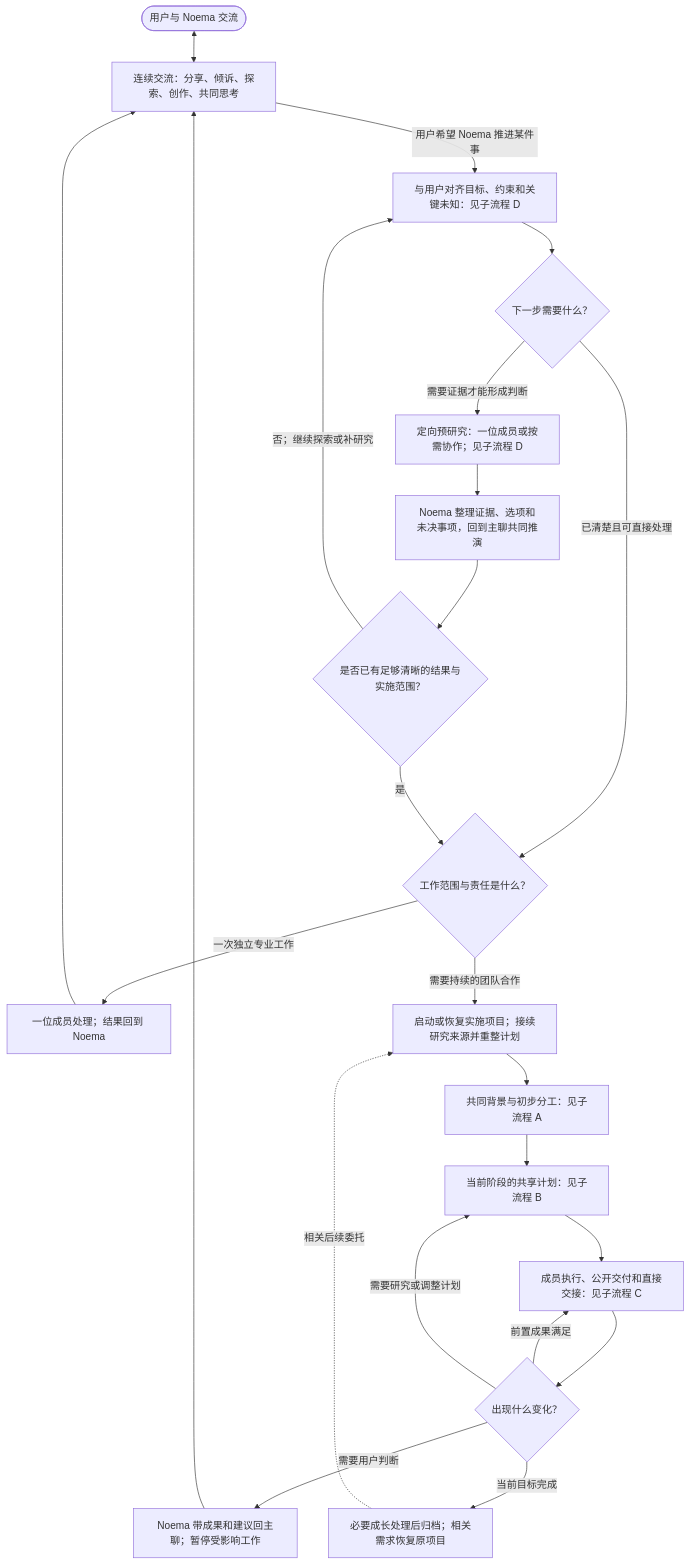
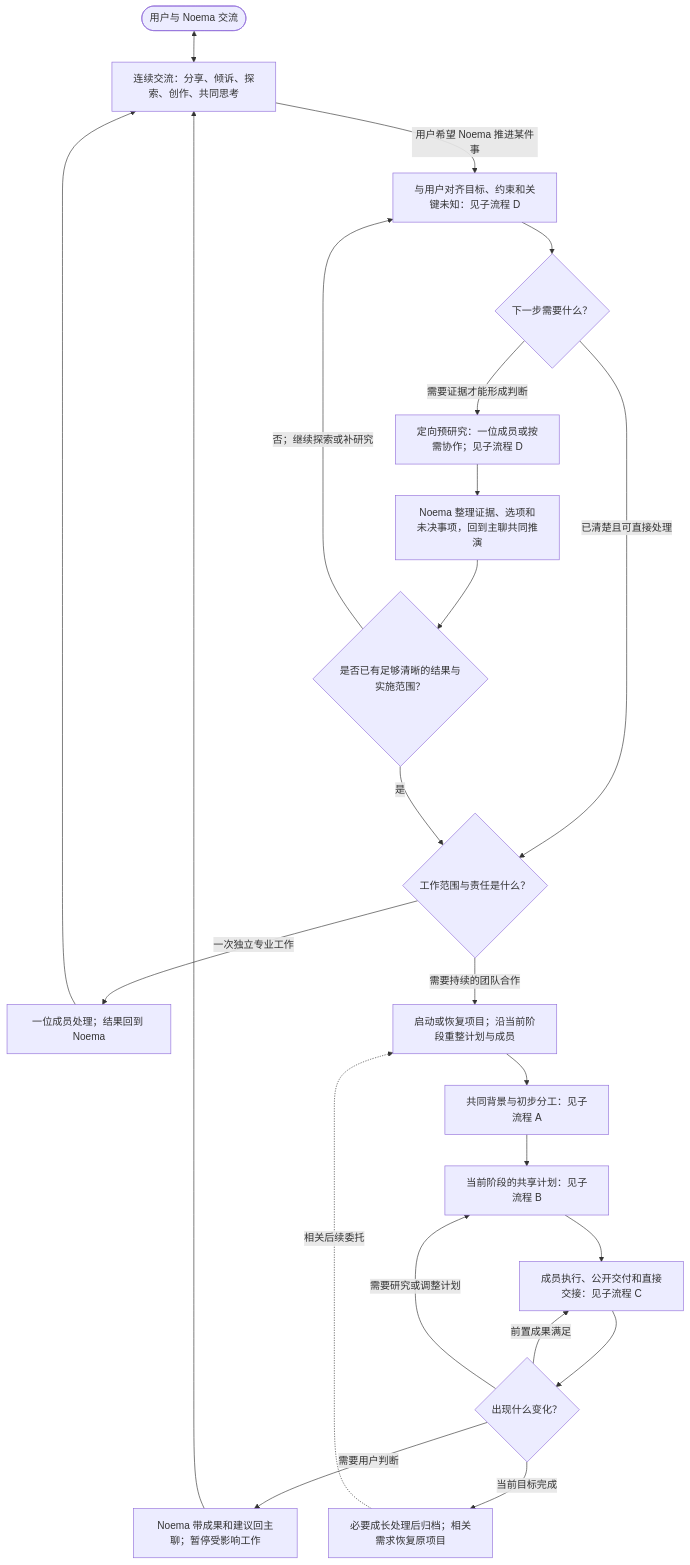
The first of 5 diagrams in docs/design/noema-core-flows.md (Noema-Harness/noema-agent), drawn with Mermaid before and after one commit. The commit also changed other lines of this file, not shown here.

Commit message:
docs: repair and extend Noema core flowchart

````diff
--- a/docs/design/noema-core-flows.md
+++ b/docs/design/noema-core-flows.md
@@ -17,25 +17,25 @@
 ```mermaid
 flowchart TD
     U([用户与 Noema 交流]) <--> N[连续交流：分享、倾诉、探索、创作、共同思考]
     N -- 用户希望 Noema 推进某件事 --> R[与用户对齐目标、约束和关键未知：见子流程 D]
     R --> DISCOVER{下一步需要什么？}
     DISCOVER -- 已清楚且可直接处理 --> CHOOSE{工作范围与责任是什么？}
     DISCOVER -- 需要证据才能形成判断 --> STUDY[定向预研究：一位成员或按需协作；见子流程 D]
     STUDY --> SYNTH[Noema 整理证据、选项和未决事项，回到主聊共同推演]
     SYNTH --> READY{是否已有足够清晰的结果与实施范围？}
     READY -- 否；继续探索或补研究 --> R
     READY -- 是 --> CHOOSE
     CHOOSE -- 一次独立专业工作 --> SINGLE[一位成员处理；结果回到 Noema]
     SINGLE --> N
-    CHOOSE -- 需要持续的团队合作 --> PROJECT[启动或恢复实施项目；接续研究来源并重整计划]
+    CHOOSE -- 需要持续的团队合作 --> PROJECT[启动或恢复项目；沿当前阶段重整计划与成员]
     PROJECT --> START[共同背景与初步分工：见子流程 A]
     START --> PLAN[当前阶段的共享计划：见子流程 B]
     PLAN --> WORK[成员执行、公开交付和直接交接：见子流程 C]
     WORK --> DECIDE{出现什么变化？}
     DECIDE -- 前置成果满足 --> WORK
     DECIDE -- 需要研究或调整计划 --> PLAN
     DECIDE -- 需要用户判断 --> REVIEW[Noema 带成果和建议回主聊；暂停受影响工作]
     REVIEW --> N
     DECIDE -- 当前目标完成 --> END[必要成长处理后归档；相关需求恢复原项目]
     END -. 相关后续委托 .-> PROJECT
 ```
````
